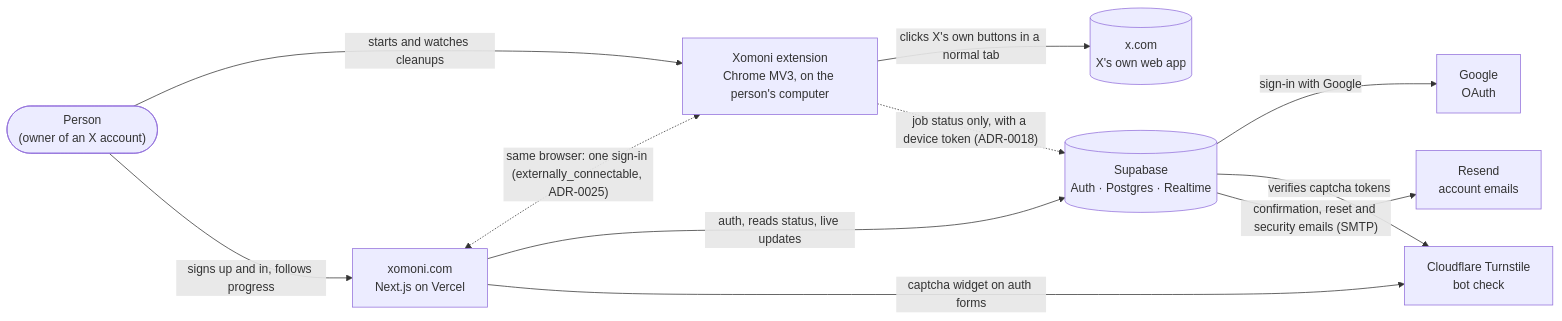
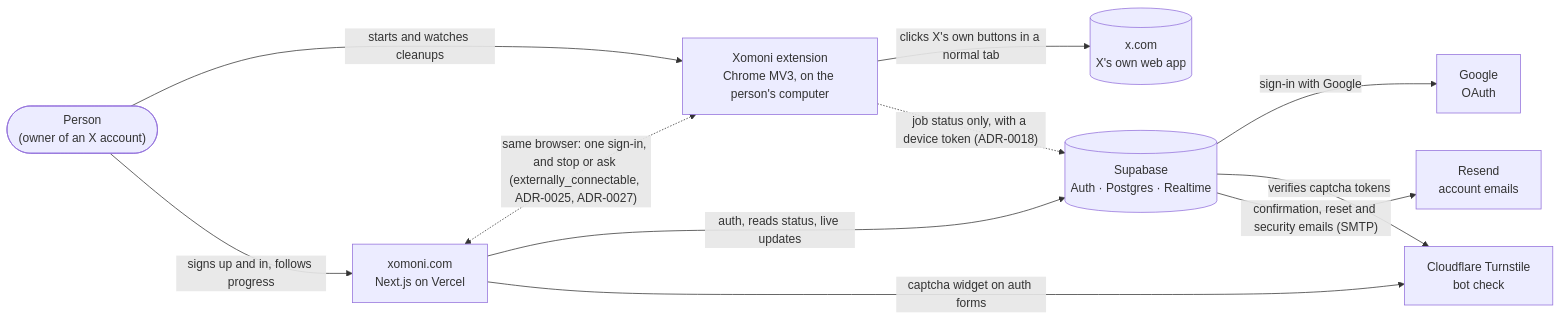
One commit to pirdehi/xomoni changed the first of 5 diagrams in docs/ARCHITECTURE.md. Above: the diagram before and after it, drawn with Mermaid. The commit also changed other lines of this file and 22 other files, not shown here.

````diff
--- a/docs/ARCHITECTURE.md
+++ b/docs/ARCHITECTURE.md
@@ -29,22 +29,22 @@
 ```mermaid
 flowchart LR
   person(["Person<br/>(owner of an X account)"])
   ext["Xomoni extension<br/>Chrome MV3, on the person's computer"]
   web["xomoni.com<br/>Next.js on Vercel"]
   x[("x.com<br/>X's own web app")]
   sb[("Supabase<br/>Auth · Postgres · Realtime")]
   google["Google<br/>OAuth"]
   resend["Resend<br/>account emails"]
   turnstile["Cloudflare Turnstile<br/>bot check"]
 
   person -- "starts and watches cleanups" --> ext
   person -- "signs up and in, follows progress" --> web
   ext -- "clicks X's own buttons in a normal tab" --> x
   ext -. "job status only, with a device token (ADR-0018)" .-> sb
-  web <-. "same browser: one sign-in (externally_connectable, ADR-0025)" .-> ext
+  web <-. "same browser: one sign-in, and stop or ask (externally_connectable, ADR-0025, ADR-0027)" .-> ext
   web -- "auth, reads status, live updates" --> sb
   web -- "captcha widget on auth forms" --> turnstile
   sb -- "sign-in with Google" --> google
   sb -- "verifies captcha tokens" --> turnstile
   sb -- "confirmation, reset and security emails (SMTP)" --> resend
 ```
````
